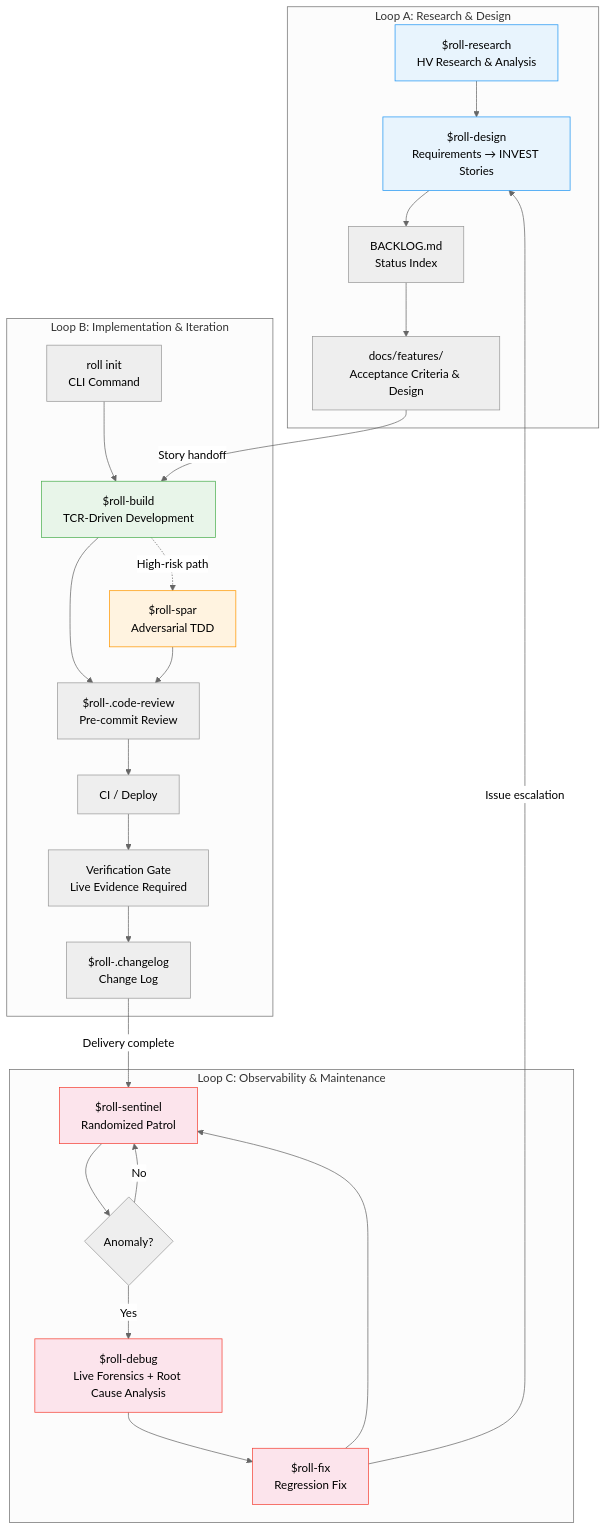
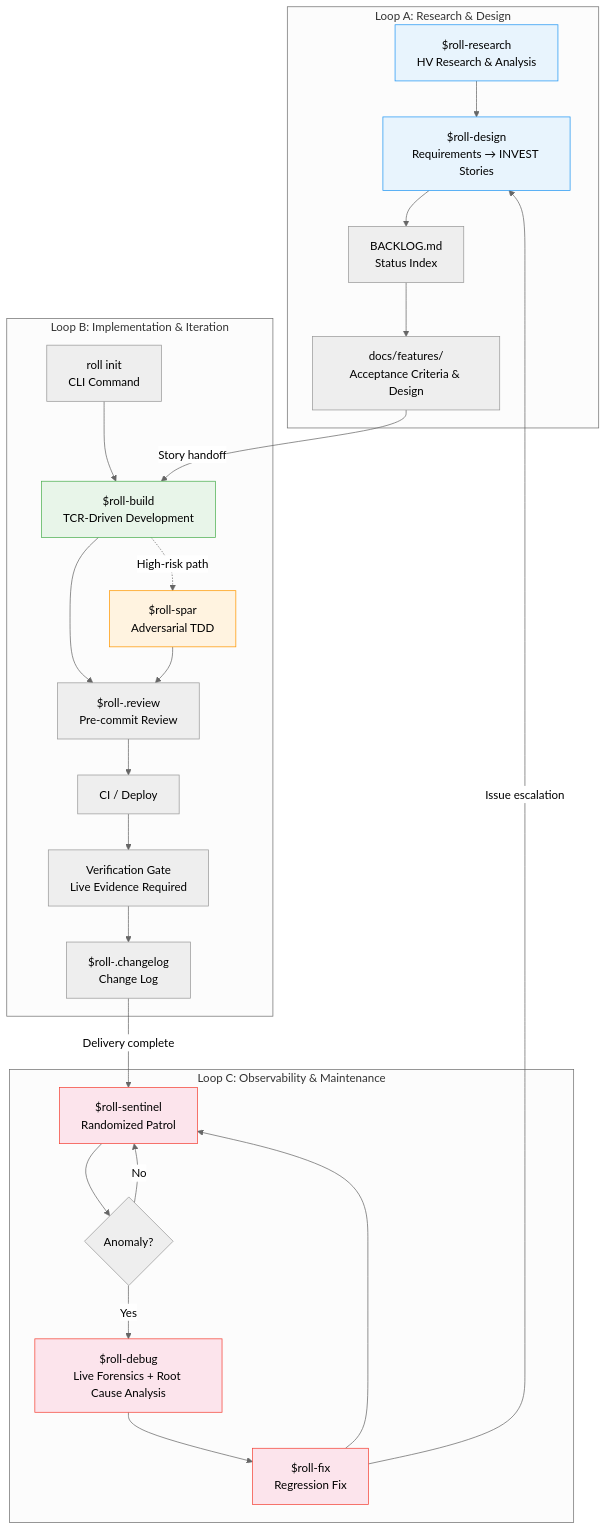
Before and after one commit to seanyao/roll: the first of 2 diagrams in docs/methodology-en.md, drawn with Mermaid (neutral theme). The commit also changed other lines of this file and 1 other file, not shown here.

First line of the commit message:
[claude code] Docs(methodology): align zh+en with skill renames and simplified CLI

````diff
--- a/docs/methodology-en.md
+++ b/docs/methodology-en.md
@@ -25,38 +25,38 @@
 ```mermaid
 graph TB
     subgraph "Loop A: Research & Design"
         A1["$roll-research<br/>HV Research & Analysis"] --> A2["$roll-design<br/>Requirements → INVEST Stories"]
         A2 --> A3["BACKLOG.md<br/>Status Index"]
         A3 --> A4["docs/features/<br/>Acceptance Criteria & Design"]
     end
 
     subgraph "Loop B: Implementation & Iteration"
         B1["roll init<br/>CLI Command"] --> B2["$roll-build<br/>TCR-Driven Development"]
-        B2 --> B3["$roll-.code-review<br/>Pre-commit Review"]
+        B2 --> B3["$roll-.review<br/>Pre-commit Review"]
         B3 --> B4["CI / Deploy"]
         B4 --> B5["Verification Gate<br/>Live Evidence Required"]
         B5 --> B6["$roll-.changelog<br/>Change Log"]
         B2 -.->|High-risk path| B7["$roll-spar<br/>Adversarial TDD"]
         B7 --> B3
     end
 
     subgraph "Loop C: Observability & Maintenance"
         C1["$roll-sentinel<br/>Randomized Patrol"] --> C2{"Anomaly?"}
         C2 -->|Yes| C3["$roll-debug<br/>Live Forensics + Root Cause Analysis"]
         C3 --> C5["$roll-fix<br/>Regression Fix"]
         C5 --> C1
         C2 -->|No| C1
     end
 
     A4 -->|"Story handoff"| B2
     B6 -->|"Delivery complete"| C1
     C5 -->|"Issue escalation"| A2
 
     style A1 fill:#e8f4fd,stroke:#2196F3
     style A2 fill:#e8f4fd,stroke:#2196F3
     style B2 fill:#e8f5e9,stroke:#4CAF50
     style B7 fill:#fff3e0,stroke:#FF9800
     style C1 fill:#fce4ec,stroke:#F44336
     style C3 fill:#fce4ec,stroke:#F44336
     style C5 fill:#fce4ec,stroke:#F44336
 ```
````
